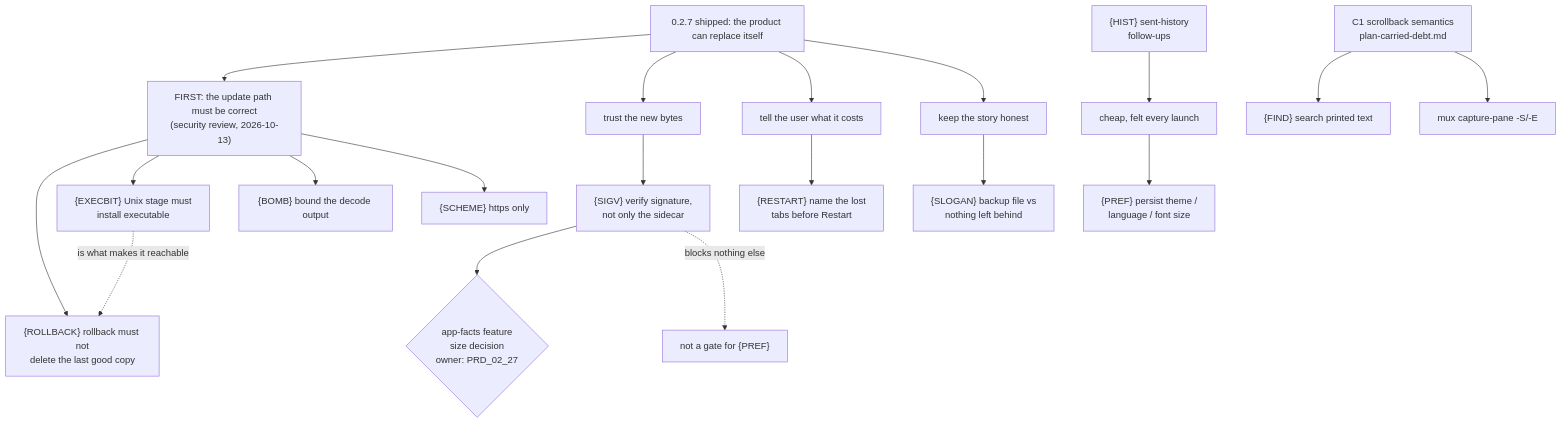
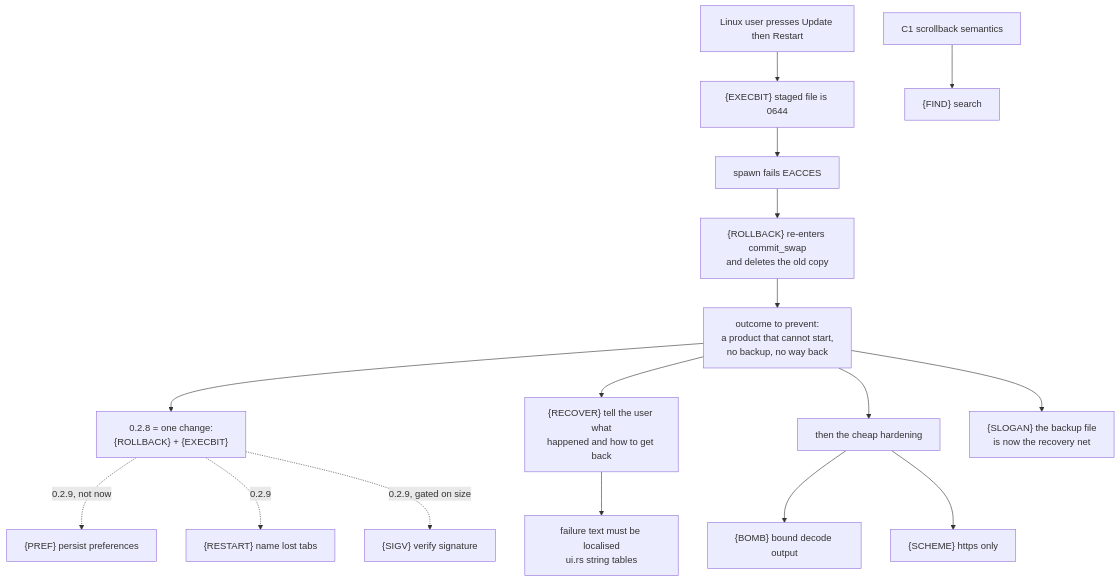
Before and after one commit to partnernetsoftware/minicon: the diagram in plan/plan-v0.2.8.md, drawn with Mermaid. The commit also changed other lines of this file and 10 other files, not shown here.

````diff
--- a/plan/plan-v0.2.8.md
+++ b/plan/plan-v0.2.8.md
@@ -373,21 +395,18 @@
 ```mermaid
 flowchart TB
-    U["0.2.7 shipped: the product can replace itself"] --> F["FIRST: the update path must be correct<br/>(security review, 2026-10-13)"]
-    F --> ROLL["{ROLLBACK} rollback must not<br/>delete the last good copy"]
-    F --> EXEC["{EXECBIT} Unix stage must<br/>install executable"]
-    F --> BOMB["{BOMB} bound the decode output"]
-    F --> SCH["{SCHEME} https only"]
-    EXEC -. "is what makes it reachable" .-> ROLL
-    U --> T["trust the new bytes"]
-    T --> SIGV["{SIGV} verify signature,<br/>not only the sidecar"]
-    SIGV --> SIZE{"app-facts feature<br/>size decision<br/>owner: PRD_02_27"}
-    U --> C["tell the user what it costs"]
-    C --> RESTART["{RESTART} name the lost<br/>tabs before Restart"]
-    U --> S["keep the story honest"]
-    S --> SLOGAN["{SLOGAN} backup file vs<br/>nothing left behind"]
-    P["cheap, felt every launch"] --> PREF["{PREF} persist theme /<br/>language / font size"]
-    C1["C1 scrollback semantics<br/>plan-carried-debt.md"] --> FIND["{FIND} search printed text"]
-    C1 --> MUX["mux capture-pane -S/-E"]
-    HIST["{HIST} sent-history<br/>follow-ups"] --> P
-    SIGV -. "blocks nothing else" .-> X["not a gate for {PREF}"]
+    L["Linux user presses Update then Restart"] --> E["{EXECBIT} staged file is 0644"]
+    E --> S["spawn fails EACCES"]
+    S --> R["{ROLLBACK} re-enters commit_swap<br/>and deletes the old copy"]
+    R --> B["outcome to prevent:<br/>a product that cannot start,<br/>no backup, no way back"]
+    B --> FIX["0.2.8 = one change:<br/>{ROLLBACK} + {EXECBIT}"]
+    B --> REC["{RECOVER} tell the user what<br/>happened and how to get back"]
+    REC --> LOC["failure text must be localised<br/>ui.rs string tables"]
+    B --> H["then the cheap hardening"]
+    H --> BOMB["{BOMB} bound decode output"]
+    H --> SCH["{SCHEME} https only"]
+    B --> SL["{SLOGAN} the backup file<br/>is now the recovery net"]
+    FIX -. "0.2.9, not now" .-> PREF["{PREF} persist preferences"]
+    FIX -. "0.2.9" .-> REST["{RESTART} name lost tabs"]
+    FIX -. "0.2.9, gated on size" .-> SIGV["{SIGV} verify signature"]
+    C1["C1 scrollback semantics"] --> FIND["{FIND} search"]
 ```
````
